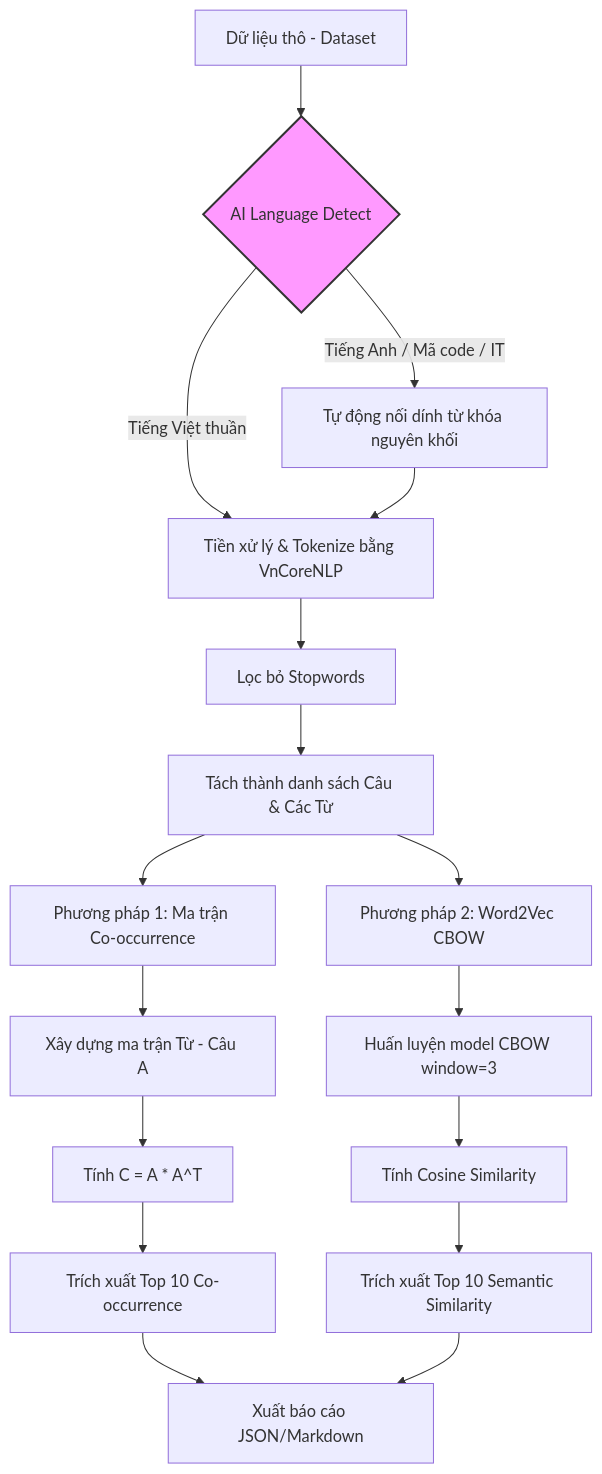
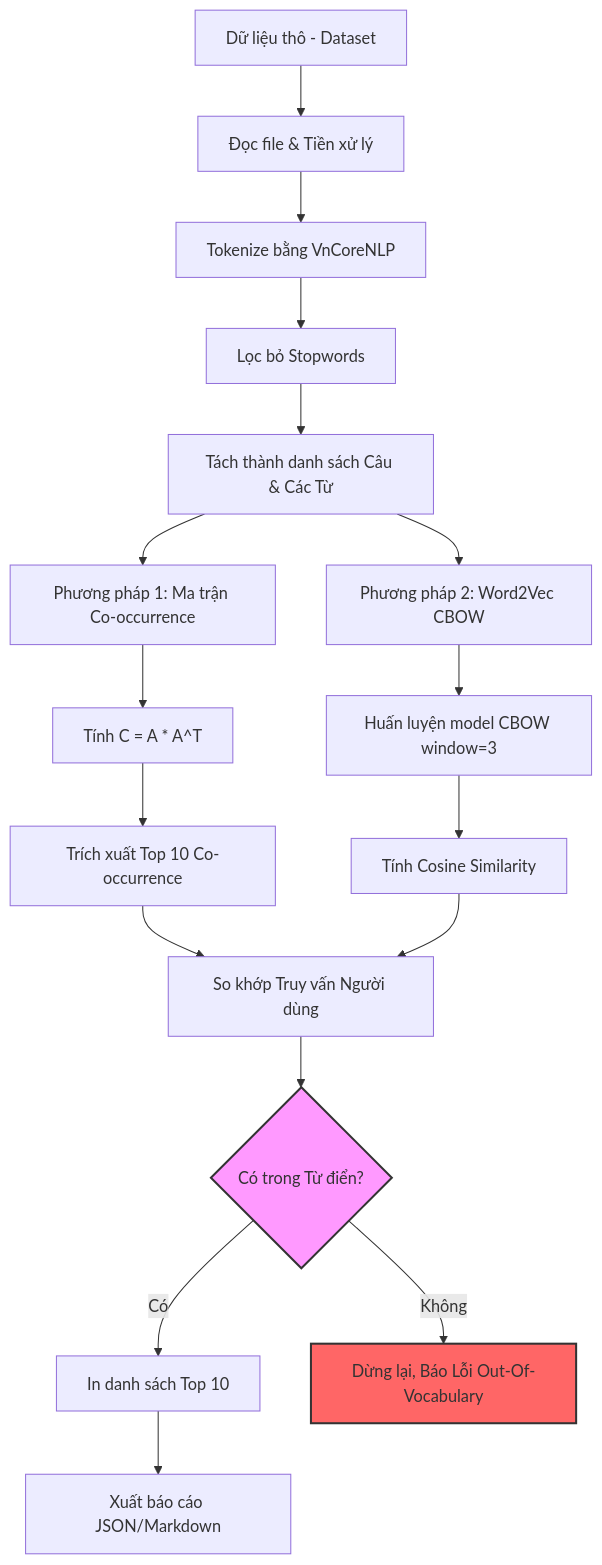
Before and after one commit to duyvo26/tim_kiem_thong_tin: the diagram in thuc_hanh_03/README.md, drawn with Mermaid. The commit also changed other lines of this file and 4 other files, not shown here.

````diff
--- a/thuc_hanh_03/README.md
+++ b/thuc_hanh_03/README.md
@@ -9,27 +9,28 @@
 ```mermaid
 graph TD
-    A[Dữ liệu thô - Dataset] --> B{AI Language Detect}
+    A[Dữ liệu thô - Dataset] --> B[Đọc file & Tiền xử lý]
+    B --> C[Tokenize bằng VnCoreNLP]
     
-    B -- Tiếng Anh / Mã code / IT --> C[Tự động nối dính từ khóa nguyên khối]
-    B -- Tiếng Việt thuần --> D[Tiền xử lý & Tokenize bằng VnCoreNLP]
-    C --> D
+    C --> D[Lọc bỏ Stopwords]
+    D --> E[Tách thành danh sách Câu & Các Từ]
     
-    D --> E[Lọc bỏ Stopwords]
-    E --> F[Tách thành danh sách Câu & Các Từ]
+    E --> F1[Phương pháp 1: Ma trận Co-occurrence]
+    E --> F2[Phương pháp 2: Word2Vec CBOW]
     
-    F --> G1[Phương pháp 1: Ma trận Co-occurrence]
-    F --> G2[Phương pháp 2: Word2Vec CBOW]
+    F1 --> G1[Tính C = A * A^T]
+    G1 --> H1[Trích xuất Top 10 Co-occurrence]
     
-    G1 --> H1[Xây dựng ma trận Từ - Câu A]
-    H1 --> I1[Tính C = A * A^T]
-    I1 --> J1[Trích xuất Top 10 Co-occurrence]
+    F2 --> G2[Huấn luyện model CBOW window=3]
+    G2 --> H2[Tính Cosine Similarity]
     
-    G2 --> H2[Huấn luyện model CBOW window=3]
-    H2 --> I2[Tính Cosine Similarity]
-    I2 --> J2[Trích xuất Top 10 Semantic Similarity]
+    H1 --> I[So khớp Truy vấn Người dùng]
+    H2 --> I
     
-    J1 --> K[Xuất báo cáo JSON/Markdown]
-    J2 --> K
+    I --> J{Có trong Từ điển?}
+    J -- Có --> K[In danh sách Top 10]
+    J -- Không --> L[Dừng lại, Báo Lỗi Out-Of-Vocabulary]
+    K --> M[Xuất báo cáo JSON/Markdown]
     
-    style B fill:#f9f,stroke:#333,stroke-width:2px;
+    style J fill:#f9f,stroke:#333,stroke-width:2px;
+    style L fill:#f66,stroke:#333,stroke-width:2px;
 ```
````
